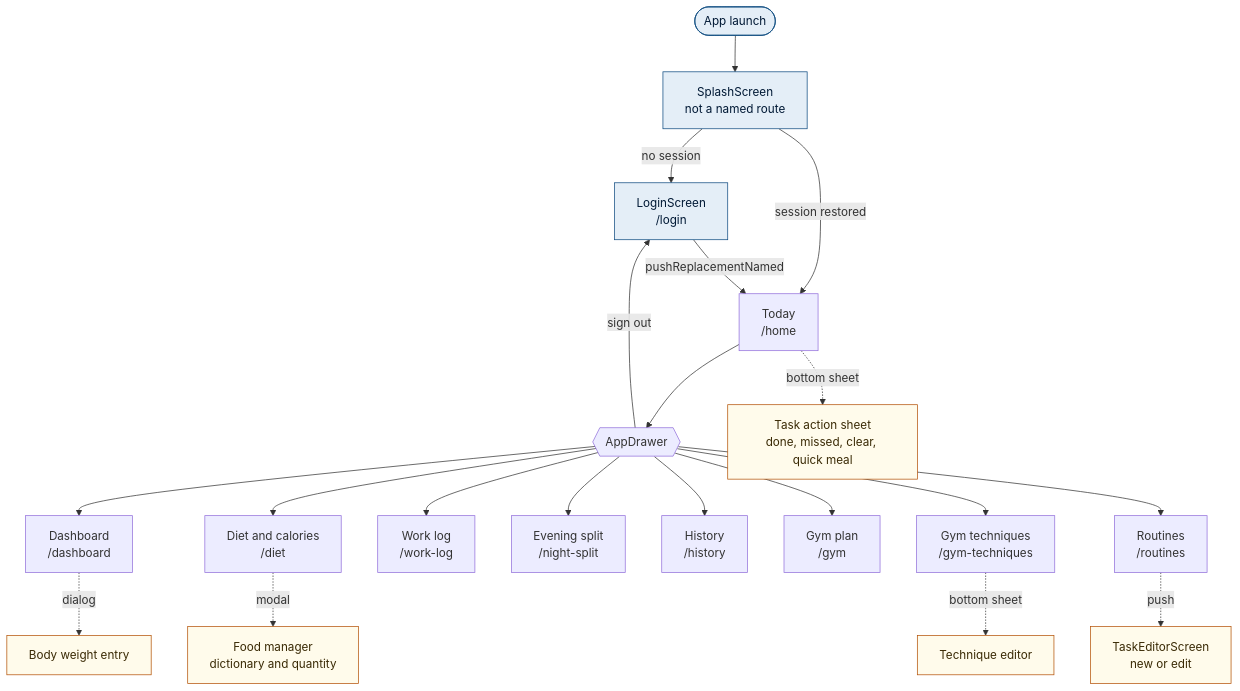
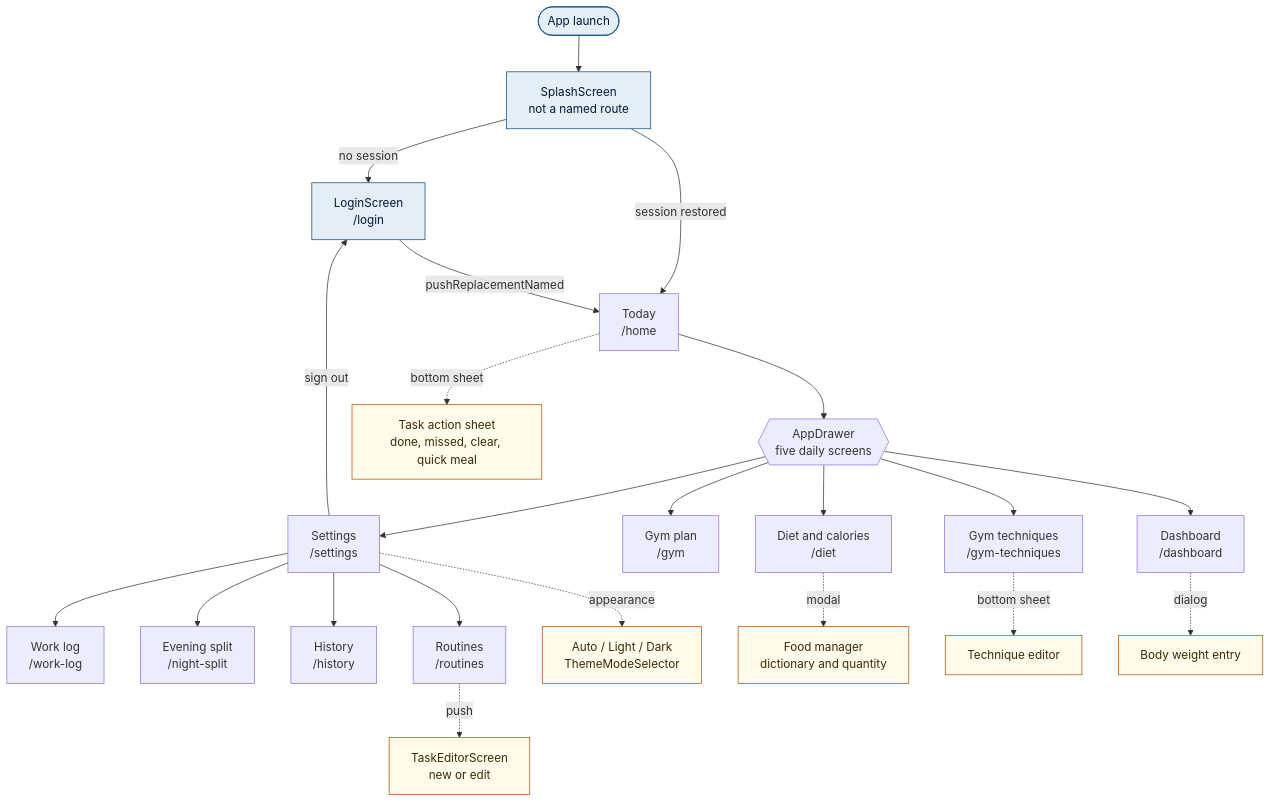
Before and after one commit to naingkhantdev/mydailylife: the first of 9 diagrams in docs/flowcharts.md, drawn with Mermaid. The commit also changed other lines of this file and 38 other files, not shown here.

````diff
--- a/docs/flowcharts.md
+++ b/docs/flowcharts.md
@@ -34,29 +37,32 @@
 ```mermaid
 flowchart TD
   Start(["App launch"]) --> Splash["SplashScreen<br/>not a named route"]
   Splash -->|"no session"| Login["LoginScreen<br/>/login"]
   Splash -->|"session restored"| Home
   Login -->|"pushReplacementNamed"| Home["Today<br/>/home"]
 
-  Home --> Drawer{{"AppDrawer"}}
+  Home --> Drawer{{"AppDrawer<br/>five daily screens"}}
   Drawer --> Dash["Dashboard<br/>/dashboard"]
-  Drawer --> Diet["Diet and calories<br/>/diet"]
-  Drawer --> Work["Work log<br/>/work-log"]
-  Drawer --> Night["Evening split<br/>/night-split"]
-  Drawer --> Hist["History<br/>/history"]
   Drawer --> Gym["Gym plan<br/>/gym"]
   Drawer --> Tech["Gym techniques<br/>/gym-techniques"]
-  Drawer --> Routines["Routines<br/>/routines"]
-  Drawer -->|"sign out"| Login
+  Drawer --> Diet["Diet and calories<br/>/diet"]
+  Drawer --> Set["Settings<br/>/settings"]
+
+  Set --> Work["Work log<br/>/work-log"]
+  Set --> Night["Evening split<br/>/night-split"]
+  Set --> Hist["History<br/>/history"]
+  Set --> Routines["Routines<br/>/routines"]
+  Set -->|"sign out"| Login
+  Set -.->|"appearance"| Theme["Auto / Light / Dark<br/>ThemeModeSelector"]
 
   Home -.->|"bottom sheet"| Sheet["Task action sheet<br/>done, missed, clear, quick meal"]
   Diet -.->|"modal"| Food["Food manager<br/>dictionary and quantity"]
   Tech -.->|"bottom sheet"| TechEd["Technique editor"]
   Routines -.->|"push"| Editor["TaskEditorScreen<br/>new or edit"]
   Dash -.->|"dialog"| Weight["Body weight entry"]
 
   classDef entry fill:#E4EEF7,stroke:#0F4C81,color:#001935
   classDef modal fill:#FFFBEB,stroke:#B45309,color:#3A2A05
   class Start,Splash,Login entry
-  class Sheet,Food,TechEd,Editor,Weight modal
+  class Sheet,Food,TechEd,Editor,Weight,Theme modal
 ```
````
